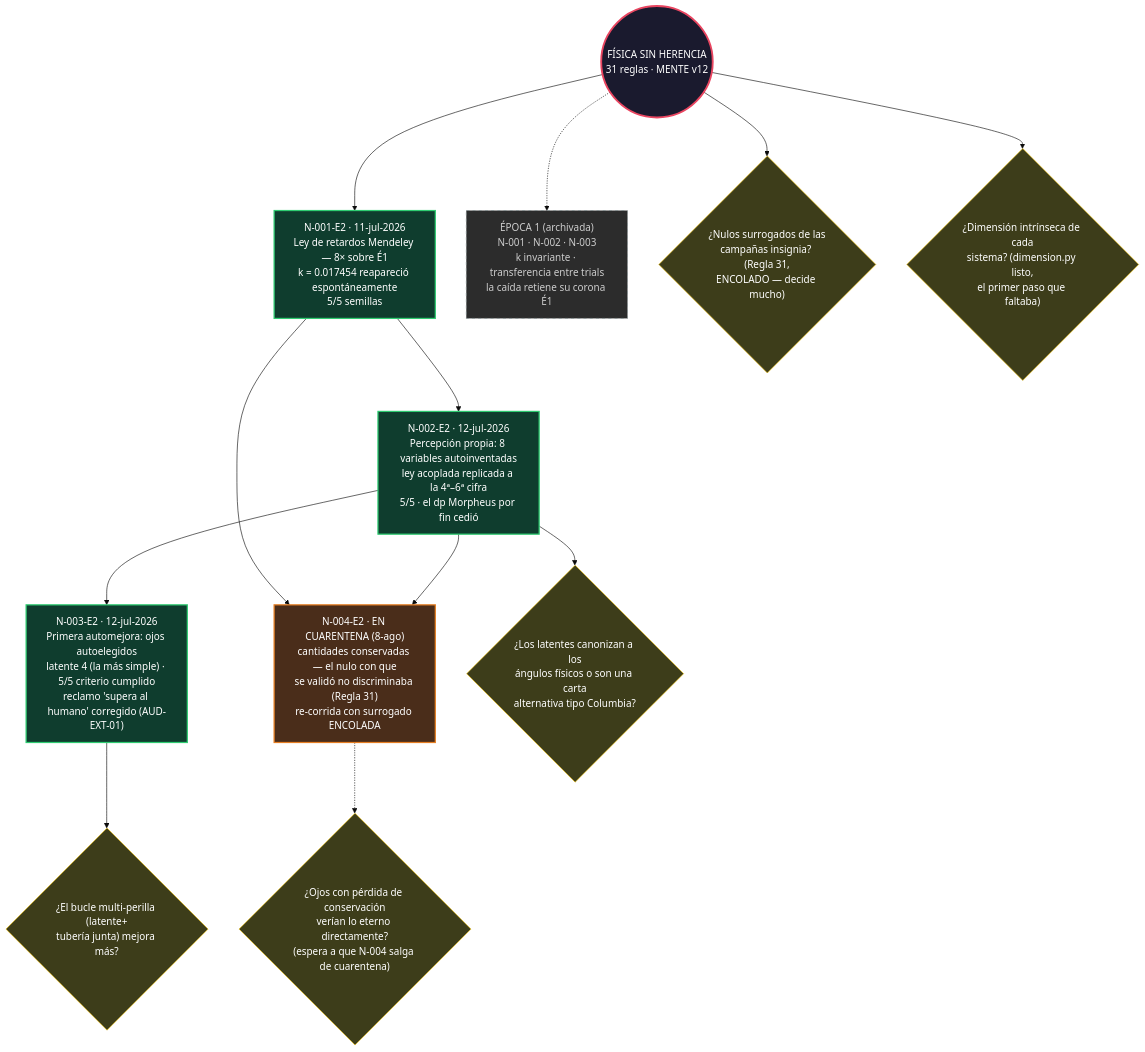
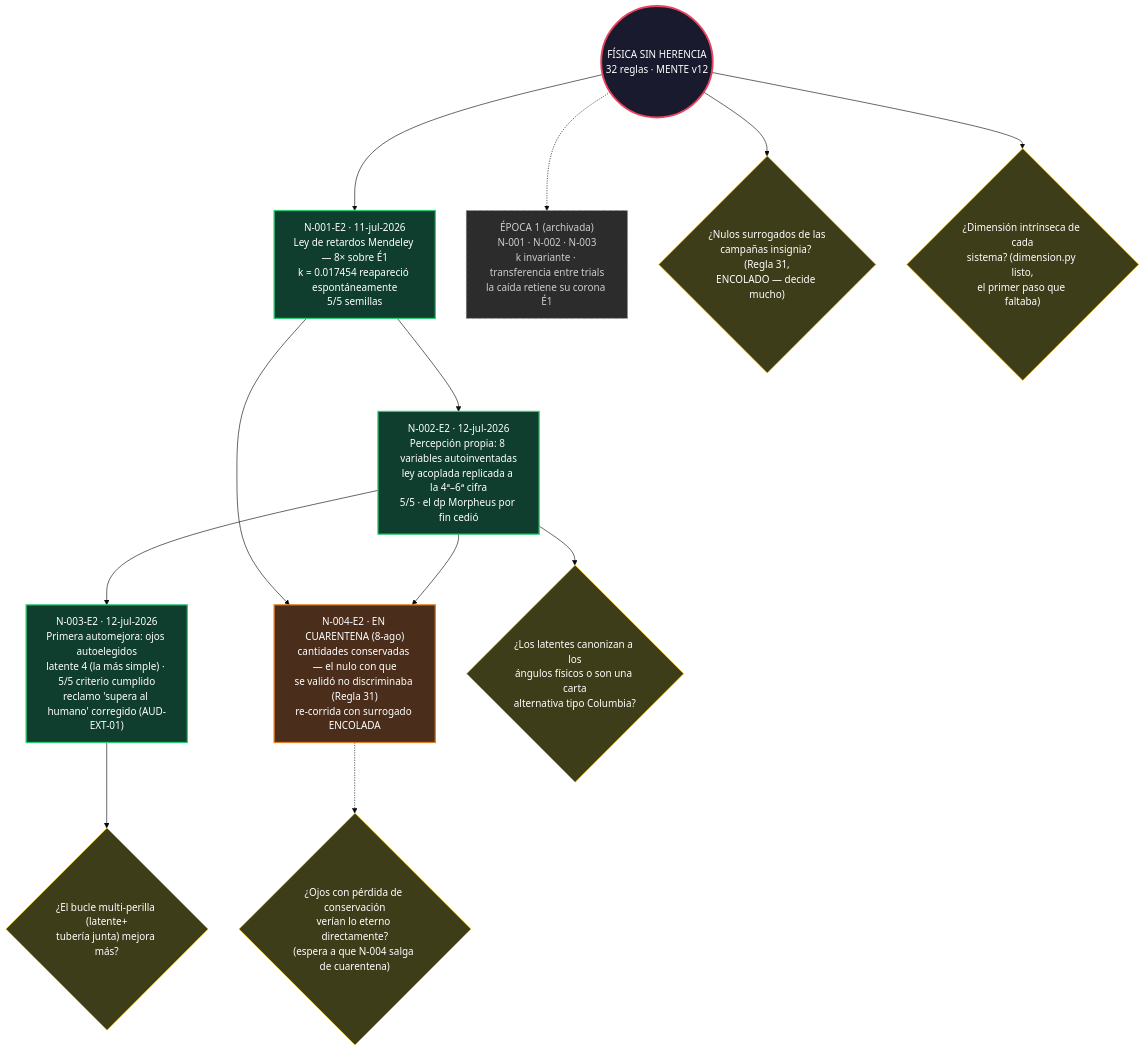
Before and after one commit to Leo-BRAVO/fisica-sin-herencia: the diagram in arbol/ARBOL.md, drawn with Mermaid (base theme). The commit also changed 10 other files, not shown here.

````diff
--- a/arbol/ARBOL.md
+++ b/arbol/ARBOL.md
@@ -6,35 +6,35 @@
 ```mermaid
 graph TD
-    RAIZ(("FÍSICA SIN HERENCIA<br/>31 reglas · MENTE v12")):::raiz
+    RAIZ(("FÍSICA SIN HERENCIA<br/>32 reglas · MENTE v12")):::raiz
 
     E2N001["N-001-E2 · 11-jul-2026<br/>Ley de retardos Mendeley — 8× sobre É1<br/>k = 0.017454 reapareció espontáneamente<br/>5/5 semillas"]:::nodo
     E2N002["N-002-E2 · 12-jul-2026<br/>Percepción propia: 8 variables autoinventadas<br/>ley acoplada replicada a la 4ª–6ª cifra<br/>5/5 · el dp Morpheus por fin cedió"]:::nodo
     E2N003["N-003-E2 · 12-jul-2026<br/>Primera automejora: ojos autoelegidos<br/>latente 4 (la más simple) · 5/5 criterio cumplido<br/>reclamo 'supera al humano' corregido (AUD-EXT-01)"]:::nodo
     E2N004["N-004-E2 · EN CUARENTENA (8-ago)<br/>cantidades conservadas — el nulo con que<br/>se validó no discriminaba (Regla 31)<br/>re-corrida con surrogado ENCOLADA"]:::cuarentena
 
     E1["ÉPOCA 1 (archivada)<br/>N-001 · N-002 · N-003<br/>k invariante · transferencia entre trials<br/>la caída retiene su corona É1"]:::archivo
 
     P1{"¿Nulos surrogados de las<br/>campañas insignia? (Regla 31,<br/>ENCOLADO — decide mucho)"}:::pregunta
     P2{"¿Dimensión intrínseca de cada<br/>sistema? (dimension.py listo,<br/>el primer paso que faltaba)"}:::pregunta
     P3{"¿Los latentes canonizan a los<br/>ángulos físicos o son una carta<br/>alternativa tipo Columbia?"}:::pregunta
     P4{"¿Ojos con pérdida de conservación<br/>verían lo eterno directamente?<br/>(espera a que N-004 salga de cuarentena)"}:::pregunta
     P5{"¿El bucle multi-perilla (latente+<br/>tubería junta) mejora más?"}:::pregunta
 
     RAIZ --> E2N001
     RAIZ -.-> E1
     E2N001 --> E2N002
     E2N002 --> E2N003
     E2N001 --> E2N004
     E2N002 --> E2N004
     RAIZ --> P1
     RAIZ --> P2
     E2N002 --> P3
     E2N004 -.-> P4
     E2N003 --> P5
 
     classDef raiz fill:#1a1a2e,stroke:#e94560,color:#fff,stroke-width:3px
     classDef nodo fill:#0f3d2e,stroke:#2ecc71,color:#fff,stroke-width:2px
     classDef cuarentena fill:#4a2d1a,stroke:#e67e22,color:#fff,stroke-width:2px
     classDef pregunta fill:#3d3d1a,stroke:#f1c40f,color:#fff
     classDef archivo fill:#2c2c2c,stroke:#7f8c8d,color:#ccc,stroke-dasharray: 5 5
 ```
````
